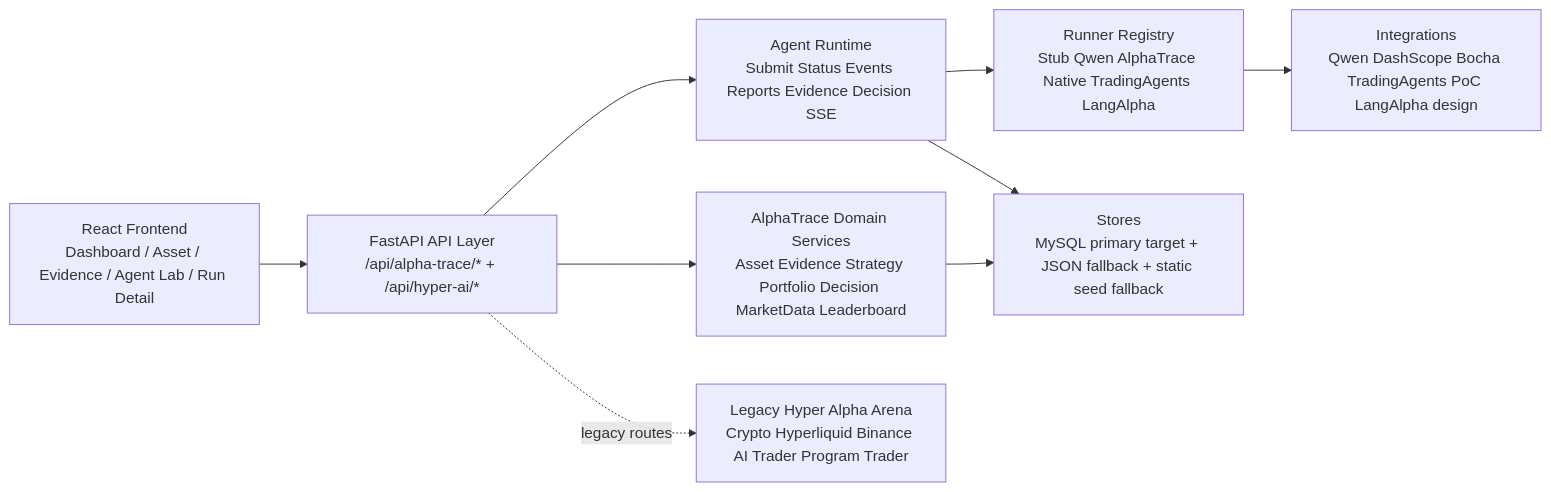
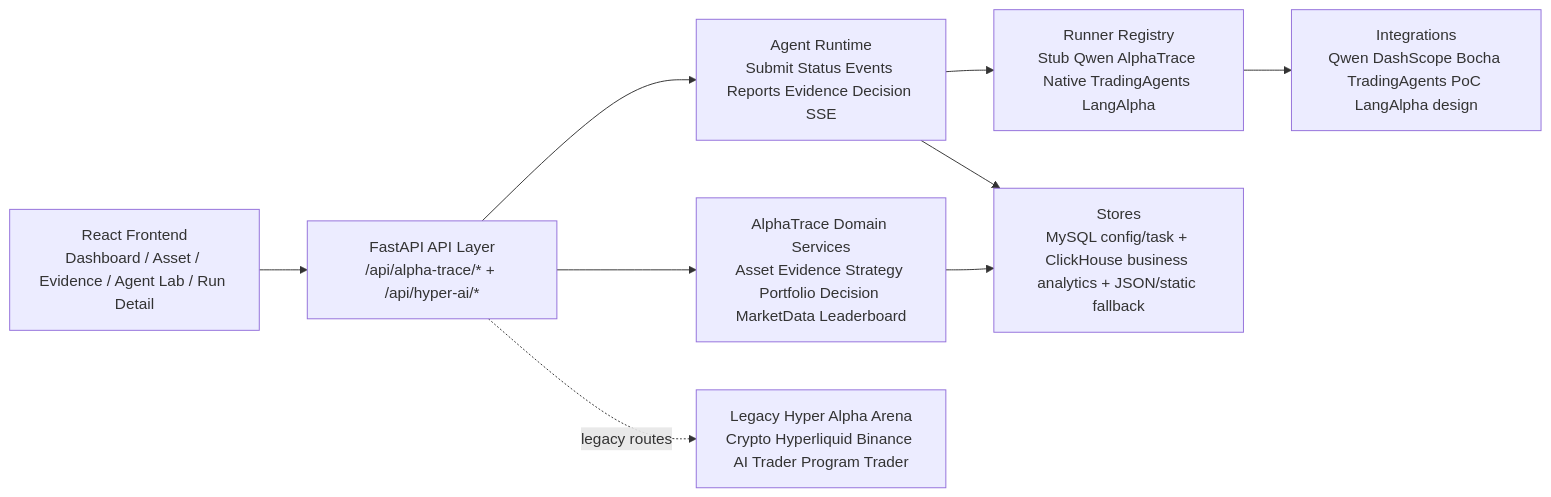
Before and after one commit to Bodiva/Hyper-Alpha-Arena: the first of 3 diagrams in docs/ARCHITECTURE.md, drawn with Mermaid. The commit also changed other lines of this file and 18 other files, not shown here.

````diff
--- a/docs/ARCHITECTURE.md
+++ b/docs/ARCHITECTURE.md
@@ -44,20 +44,20 @@
 ```mermaid
 flowchart LR
   UI["React Frontend\nDashboard / Asset / Evidence / Agent Lab / Run Detail"]
   API["FastAPI API Layer\n/api/alpha-trace/* + /api/hyper-ai/*"]
   Domain["AlphaTrace Domain Services\nAsset Evidence Strategy Portfolio Decision MarketData Leaderboard"]
   Runtime["Agent Runtime\nSubmit Status Events Reports Evidence Decision SSE"]
   Runners["Runner Registry\nStub Qwen AlphaTrace Native TradingAgents LangAlpha"]
   Integrations["Integrations\nQwen DashScope Bocha TradingAgents PoC LangAlpha design"]
-  Store["Stores\nMySQL primary target + JSON fallback + static seed fallback"]
+  Store["Stores\nMySQL config/task + ClickHouse business analytics + JSON/static fallback"]
   Legacy["Legacy Hyper Alpha Arena\nCrypto Hyperliquid Binance AI Trader Program Trader"]
 
   UI --> API
   API --> Domain
   API --> Runtime
   Runtime --> Runners
   Runners --> Integrations
   Domain --> Store
   Runtime --> Store
   API -. legacy routes .-> Legacy
 ```
````
